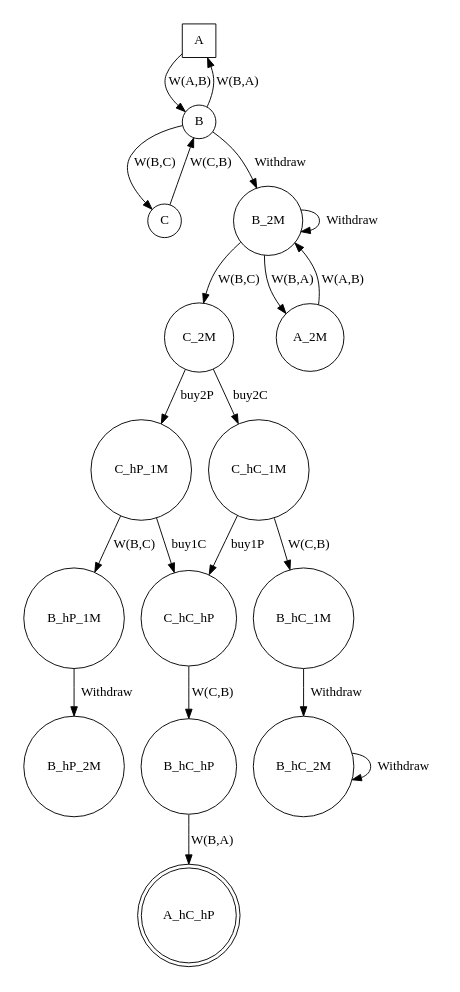
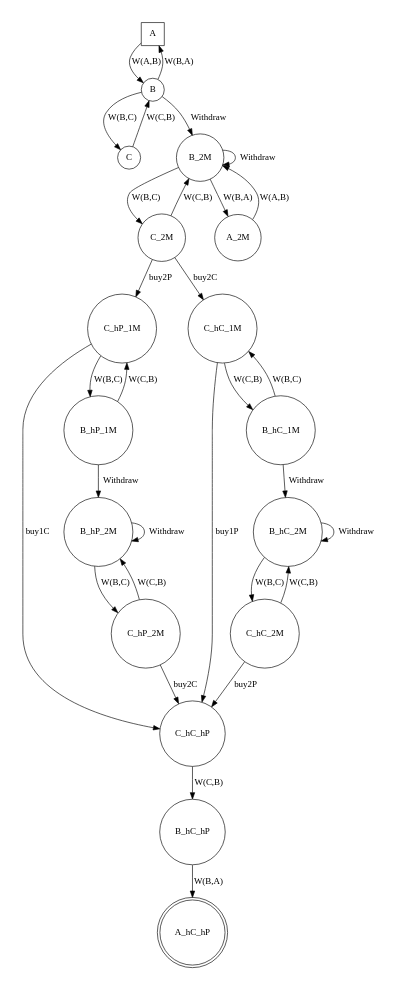
The diagram in Lab6/progression.dot (Dylan-Trollope/AIS), drawn with Graphviz before and after one commit. The commit also changed 24 other files, not shown here.

```diff
--- a/Lab6/progression.dot
+++ b/Lab6/progression.dot
@@ -1,42 +1,59 @@
 digraph finite_state_machine {
 //  rankdir=LR;
     size="8,5"
     node [shape = square]; A;
     node [shape = doublecircle]; A_hC_hP;
     node [shape = circle];
 
 //Zero Level
 //A is level 0
 
 //First Level
     A -> B [ label = "W(A,B)" ];//B is level 1
 //Second Level
     B -> C [ label = "W(B,C)" ];//C is level 2
     B -> B_2M [ label = "Withdraw" ];//B_2M is level 2
     B -> A [ label = "W(B,A)" ];//A was level 0
 
 //Third Level
     C -> B [ label = "W(C,B)" ];//B is level 1
     B_2M -> C_2M [ label = "W(B,C)" ];//C_2M is level 3
+	C_2M -> B_2M [ label = "W(C,B)" ];
     B_2M -> B_2M [ label = "Withdraw"]; //B_2M was level 2
     B_2M -> A_2M [ label = "W(B,A)"]; //A_2M is level 3
 	A_2M -> B_2M [ label = "W(A,B)"];
-
 	C_2M -> C_hP_1M [label = "buy2P" ];
+		
 	C_2M -> C_hC_1M [label = "buy2C" ];
 
+
 	C_hC_1M -> C_hC_hP [label = "buy1P"];
+	B_hC_1M -> C_hC_1M [label = "W(B,C)"];
 	C_hC_1M -> B_hC_1M [label = "W(C,B)" ];
-	
+
 	C_hP_1M -> C_hC_hP [label = "buy1C" ];
 	C_hP_1M -> B_hP_1M [label = "W(B,C)" ];
+	B_hP_1M -> C_hP_1M [label = "W(C,B)" ];
 
 	B_hP_1M -> B_hP_2M [label = "Withdraw"];
 	B_hC_1M -> B_hC_2M [label = "Withdraw"];
+
+	C_hC_hP -> B_hC_hP [label = "W(C,B)"];
+	B_hC_hP -> A_hC_hP [label = "W(B,A)"];
+
+	B_hC_2M -> B_hC_2M [label = "Withdraw"];
+	B_hP_2M -> B_hP_2M [label = "Withdraw"];
+
+	B_hC_2M -> C_hC_2M [label = "W(B,C)"];
+	C_hC_2M -> B_hC_2M [label = "W(C,B)"];
 	
-	C_hC_hP -> B_hC_hP [label = "W(C,B)"]
-	B_hC_hP -> A_hC_hP [label = "W(B,A)"]
+	B_hP_2M -> C_hP_2M [label = "W(B,C)"];
+	C_hP_2M -> B_hP_2M [label = "W(C,B)"];
 
-	B_hC_2M -> B_hC_2M [label = "Withdraw"]
+	C_hP_2M -> C_hC_hP [label = "buy2C"];
+	C_hC_2M -> C_hC_hP [label = "buy2P"];	
 	
+
+
+
 }
```
